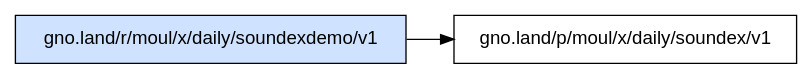
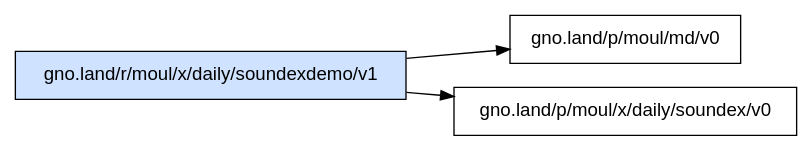
Before and after one commit to moul/gno-contracts: the diagram in _assets/gno.land/r/moul/x/daily/soundexdemo/v1/deps.dot, drawn with Graphviz. The commit also changed 44 other files, not shown here.

Commit message:
chore: regenerate catalog, graphs and on-chain status [skip ci]

```diff
--- a/_assets/gno.land/r/moul/x/daily/soundexdemo/v1/deps.dot
+++ b/_assets/gno.land/r/moul/x/daily/soundexdemo/v1/deps.dot
@@ -1,6 +1,7 @@
 digraph deps {
   rankdir=LR;
   node [shape=box, fontname="sans-serif"];
   "gno.land/r/moul/x/daily/soundexdemo/v1" [style=filled, fillcolor="#cfe2ff"];
-  "gno.land/r/moul/x/daily/soundexdemo/v1" -> "gno.land/p/moul/x/daily/soundex/v1";
+  "gno.land/r/moul/x/daily/soundexdemo/v1" -> "gno.land/p/moul/md/v0";
+  "gno.land/r/moul/x/daily/soundexdemo/v1" -> "gno.land/p/moul/x/daily/soundex/v0";
 }
```
